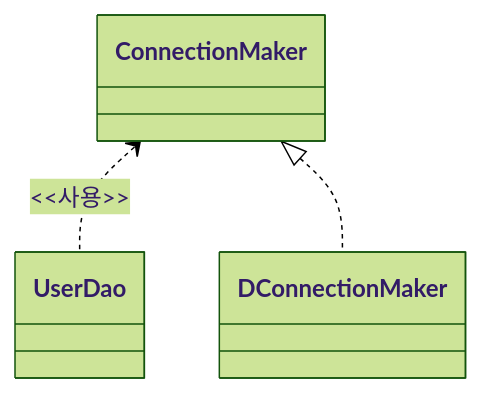
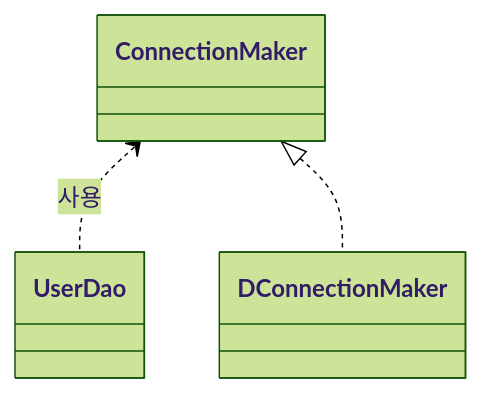
One commit to eastmeet/spring-study-anything changed the sixth of 7 diagrams in README.md. Above: the diagram before and after it, drawn with Mermaid (forest theme). The commit also changed other lines of this file and 2 other files, not shown here.

````diff
--- a/README.md
+++ b/README.md
@@ -120,11 +120,11 @@
 ```mermaid
 classDiagram
     class UserDao {
     }
     class ConnectionMaker {
     }
     class DConnectionMaker {
     }
-    ConnectionMaker <.. UserDao: <<사용>>
+    ConnectionMaker <.. UserDao: 사용
     ConnectionMaker <|.. DConnectionMaker
 ```
````
